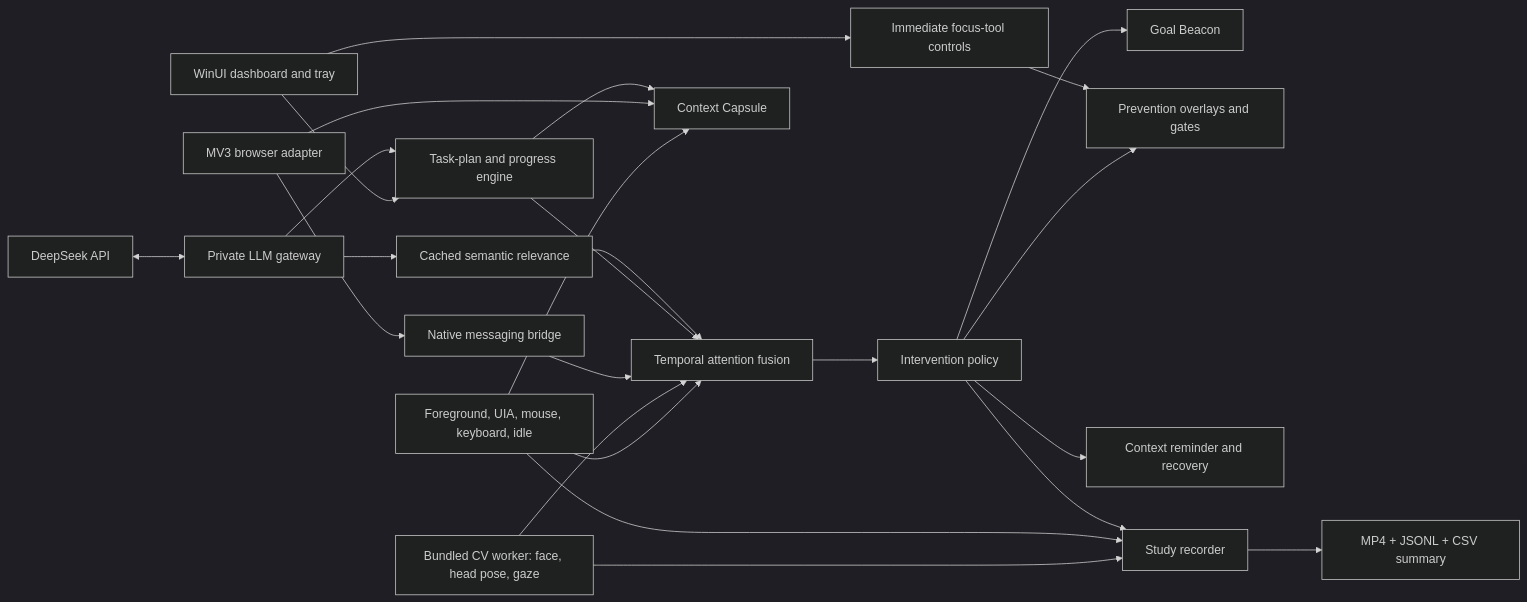
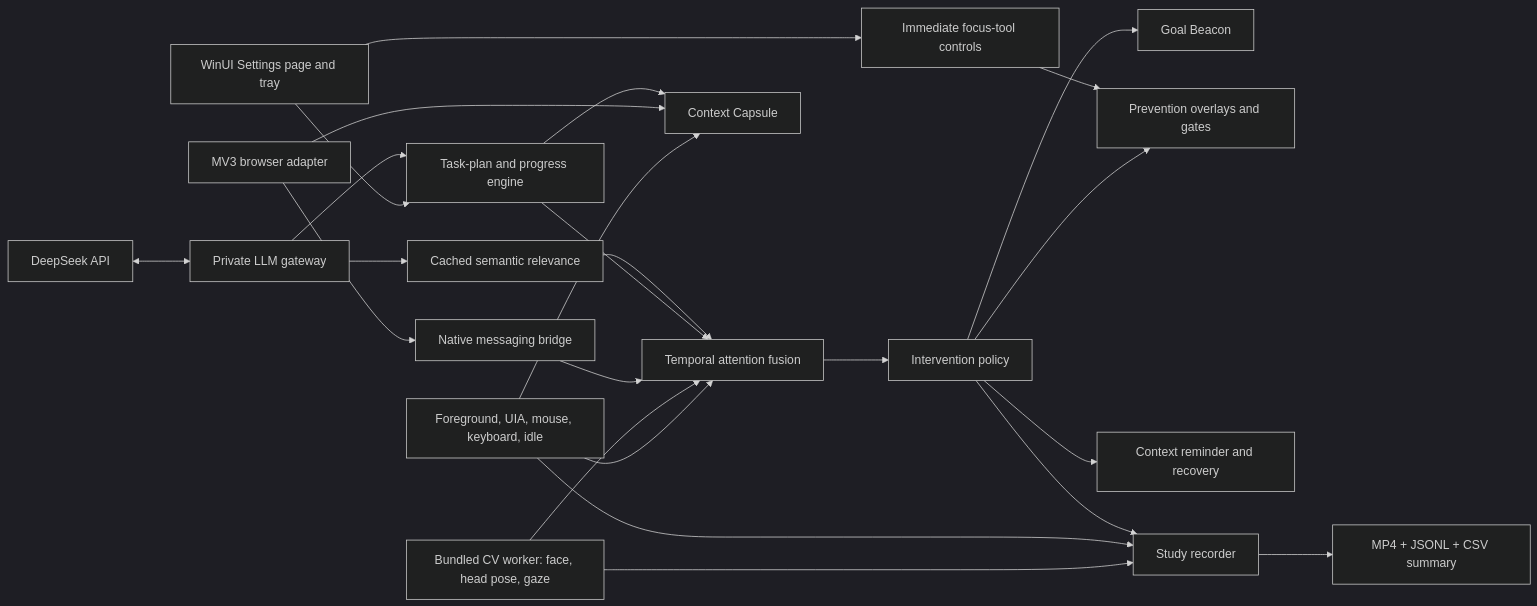
One commit to BD12345678910/Anchor-HackMIT-2026 changed the diagram in docs/superpowers/specs/2026-09-20-anchor-release-rebuild-design.md. Above: the diagram before and after it, drawn with Mermaid (dark theme). The commit also changed other lines of this file, not shown here.

Commit message:
docs: add settings recording comparison flow

````diff
--- a/docs/superpowers/specs/2026-09-20-anchor-release-rebuild-design.md
+++ b/docs/superpowers/specs/2026-09-20-anchor-release-rebuild-design.md
@@ -42,26 +42,26 @@
 ```mermaid
 flowchart LR
-    UI[WinUI dashboard and tray] --> TASK[Task-plan and progress engine]
+    UI[WinUI Settings page and tray] --> TASK[Task-plan and progress engine]
     UI --> TOOL[Immediate focus-tool controls]
     DS[DeepSeek API] <--> LLM[Private LLM gateway]
     LLM --> TASK
     WIN[Foreground, UIA, mouse, keyboard, idle] --> FUSE[Temporal attention fusion]
     CAM[Bundled CV worker: face, head pose, gaze] --> FUSE
     BROWSER[MV3 browser adapter] --> BRIDGE[Native messaging bridge]
     BRIDGE --> FUSE
     TASK --> FUSE
     LLM --> REL[Cached semantic relevance]
     REL --> FUSE
     FUSE --> POLICY[Intervention policy]
     POLICY --> BEACON[Goal Beacon]
     POLICY --> PREVENT[Prevention overlays and gates]
     POLICY --> RECOVER[Context reminder and recovery]
     TOOL --> PREVENT
     WIN --> CAPSULE[Context Capsule]
     BROWSER --> CAPSULE
     TASK --> CAPSULE
     CAM --> RECORDER[Study recorder]
     WIN --> RECORDER
     POLICY --> RECORDER
     RECORDER --> OUT[MP4 + JSONL + CSV summary]
 ```
````
